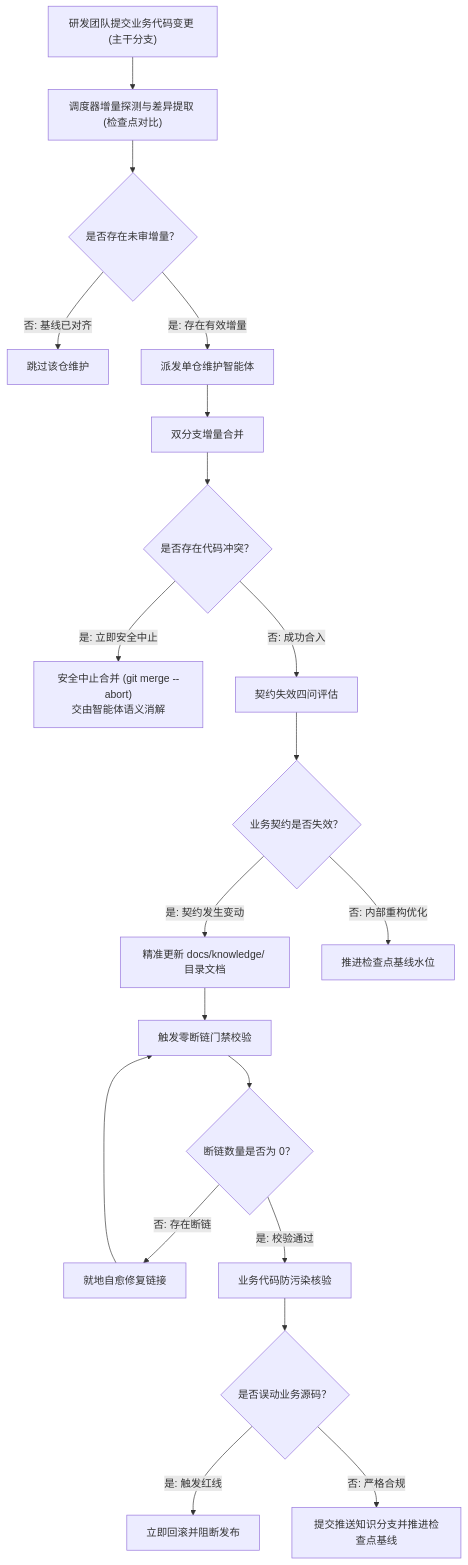
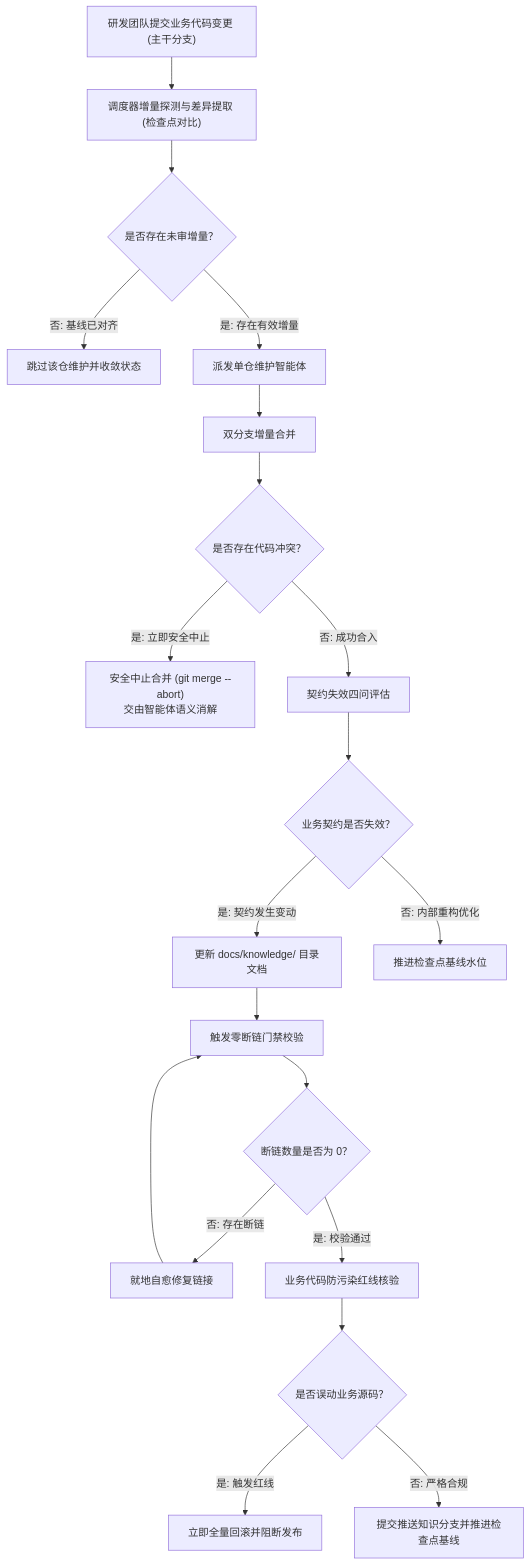
One commit to fjay/knowledge-dock changed the first of 3 diagrams in docs/workflow.md. Above: the diagram before and after it, drawn with Mermaid. The commit also changed other lines of this file and 9 other files, not shown here.

Commit message:
docs: rewrite all documentation with concise table-driven invariant architecture style

````diff
--- a/docs/workflow.md
+++ b/docs/workflow.md
@@ -19,22 +21,22 @@
 ```mermaid
 flowchart TD
     CodeCommit["研发团队提交业务代码变更 (主干分支)"] --> DiffDetect["调度器增量探测与差异提取 (检查点对比)"]
     DiffDetect --> HasDiff{"是否存在未审增量？"}
-    HasDiff -->|"否: 基线已对齐"| SkipStep["跳过该仓维护"]
+    HasDiff -->|"否: 基线已对齐"| SkipStep["跳过该仓维护并收敛状态"]
     HasDiff -->|"是: 存在有效增量"| DispatchStep["派发单仓维护智能体"]
     DispatchStep --> SyncBranch["双分支增量合并"]
     SyncBranch --> Conflict{"是否存在代码冲突？"}
     Conflict -->|"是: 立即安全中止"| Abort["安全中止合并 (git merge --abort)<br/>交由智能体语义消解"]
     Conflict -->|"否: 成功合入"| EvaluateStep["契约失效四问评估"]
     EvaluateStep --> NeedUpdate{"业务契约是否失效？"}
-    NeedUpdate -->|"是: 契约发生变动"| UpdateDoc["精准更新 docs/knowledge/ 目录文档"]
+    NeedUpdate -->|"是: 契约发生变动"| UpdateDoc["更新 docs/knowledge/ 目录文档"]
     NeedUpdate -->|"否: 内部重构优化"| AdvanceOnly["推进检查点基线水位"]
     UpdateDoc --> LinkGate["触发零断链门禁校验"]
     LinkGate --> LinkPass{"断链数量是否为 0？"}
     LinkPass -->|"否: 存在断链"| SelfHeal["就地自愈修复链接"]
     SelfHeal --> LinkGate
-    LinkPass -->|"是: 校验通过"| StatusGate["业务代码防污染核验"]
+    LinkPass -->|"是: 校验通过"| StatusGate["业务代码防污染红线核验"]
     StatusGate --> Polluted{"是否误动业务源码？"}
-    Polluted -->|"是: 触发红线"| Rollback["立即回滚并阻断发布"]
+    Polluted -->|"是: 触发红线"| Rollback["立即全量回滚并阻断发布"]
     Polluted -->|"否: 严格合规"| PublishStep["提交推送知识分支并推进检查点基线"]
 ```
````
